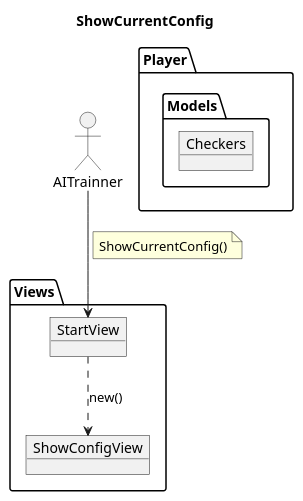
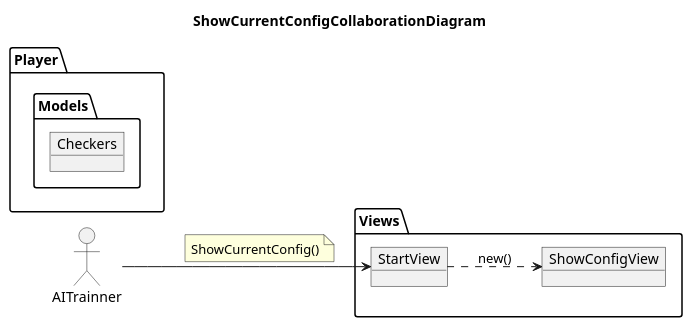
Before and after one commit to Master-Desarrollo-20-21/patrones-diseno---practica-final---juego-de-las-damas-fraylopez: the diagram in docs/src/analysis/use-cases/showCurrentConfig-colab.plantuml, drawn with PlantUML. The commit also changed 25 other files, not shown here.

Commit message:
new diagrams + update readme

```diff
--- a/docs/src/analysis/use-cases/showCurrentConfig-colab.plantuml
+++ b/docs/src/analysis/use-cases/showCurrentConfig-colab.plantuml
@@ -1,32 +1,34 @@
-@startuml
-title ShowCurrentConfig
+@startuml ShowCurrentConfigCollaborationDiagram
+title ShowCurrentConfigCollaborationDiagram
+left to right direction
+
 allow_mixing
 actor AITrainner
 package Views{
 object StartView
 object ShowConfigView
 AITrainner --> StartView
 note on link
 ShowCurrentConfig()
 end note
 
 StartView ..> ShowConfigView : new()
 
 }
 
 package AITrainner.Controllers{
 object ShowConfigController
 ShowConfigView --> ShowConfigController
 note on link
 interact()
 end note
 }
 
 package Player.Models{
 object Checkers
 ShowConfigController --> Checkers
 note on link
 getConfig()
 end note
 }
 @enduml
```
